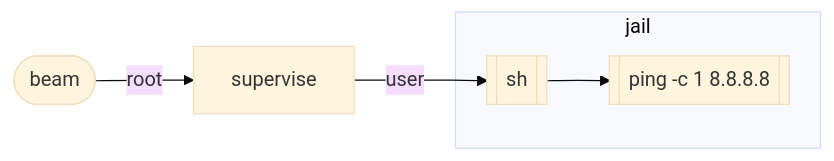
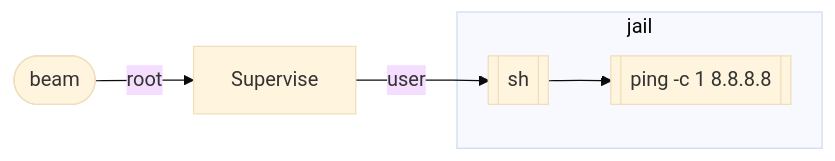
One commit to msantos/stdio changed the ninth of 9 diagrams in README.md. Above: the diagram before and after it, drawn with Mermaid (base theme). The commit also changed other lines of this file and 2 other files, not shown here.

````diff
--- a/README.md
+++ b/README.md
@@ -217,8 +217,8 @@
 ```mermaid
 graph LR
-    B([beam]) -->|root| S[supervise]
+    B([beam]) -->|root| S[Supervise]
     S --> |user|I[[sh]]
     subgraph "jail"
     I --> C[[ping -c 1 8.8.8.8]]
     end
 ```
````
